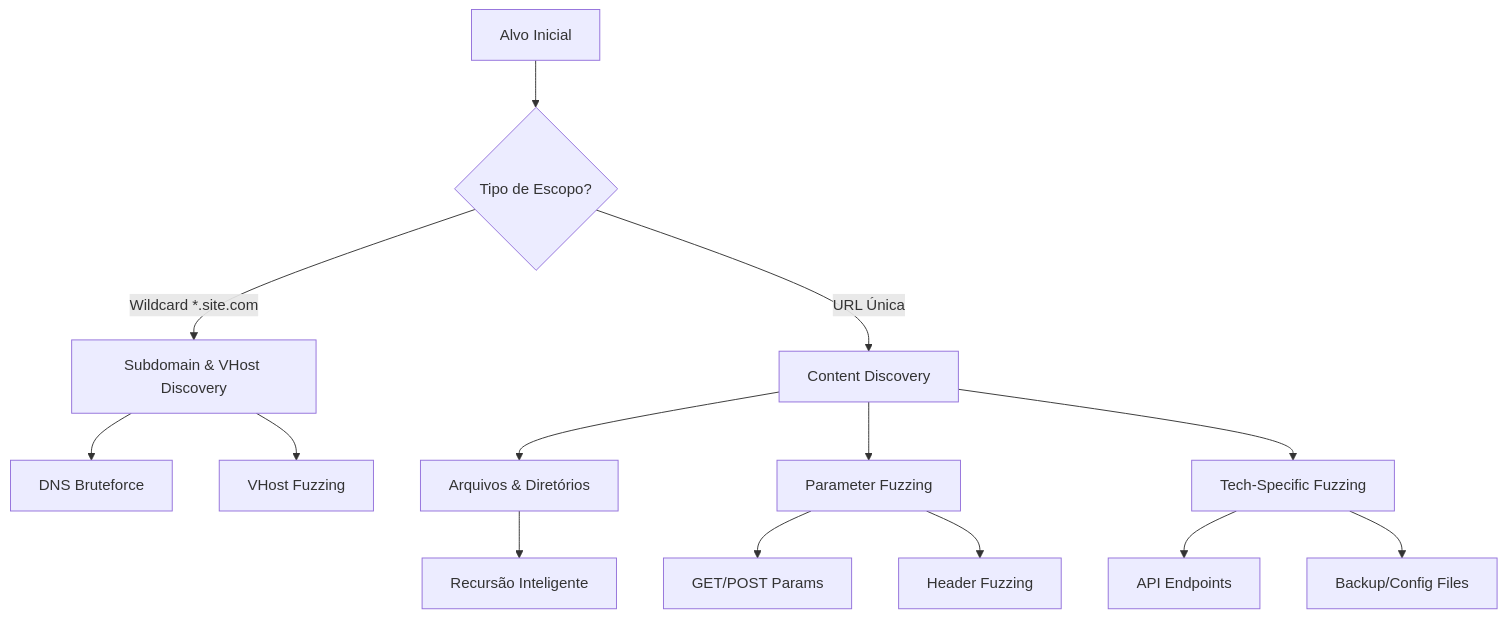
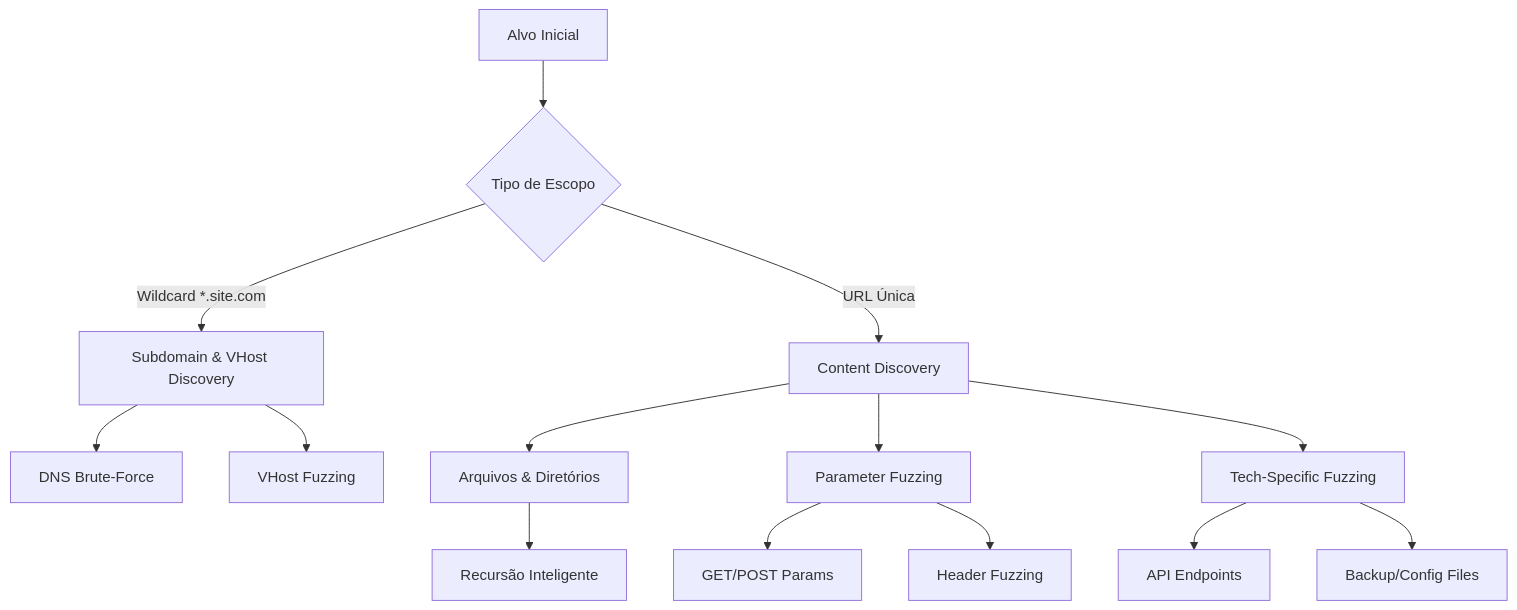
The diagram in web-fuzzing.md (marcostolosa/mindsec.gitbook.io), drawn with Mermaid before and after one commit.

Commit message:
GITBOOK-79: No subject

````diff
--- a/web-fuzzing.md
+++ b/web-fuzzing.md
@@ -155,20 +155,20 @@
 ```mermaid
 graph TD
-    A[Alvo Inicial] --> B{Tipo de Escopo?}
-    B -->|Wildcard *.site.com| C[Subdomain & VHost Discovery]
-    B -->|URL Única| D[Content Discovery]
+  A[Alvo Inicial] --> B{Tipo de Escopo}
+  B -->|Wildcard *.site.com| C[Subdomain & VHost Discovery]
+  B -->|URL Única| D[Content Discovery]
+
+  C --> C1[DNS Brute-Force]
+  C --> C2[VHost Fuzzing]
+
+  D --> D1[Arquivos & Diretórios]
+  D1 --> D2[Recursão Inteligente]
+
+  D --> E[Parameter Fuzzing]
+  E --> E1[GET/POST Params]
+  E --> E2[Header Fuzzing]
     
-    C --> C1[DNS Bruteforce]
-    C --> C2[VHost Fuzzing]
-    
-    D --> D1[Arquivos & Diretórios]
-    D1 --> D2[Recursão Inteligente]
-    
-    D --> E[Parameter Fuzzing]
-    E --> E1[GET/POST Params]
-    E --> E2[Header Fuzzing]
-    
-    D --> F[Tech-Specific Fuzzing]
-    F --> F1[API Endpoints]
-    F --> F2[Backup/Config Files]
+  D --> F[Tech-Specific Fuzzing]
+  F --> F1[API Endpoints]
+  F --> F2[Backup/Config Files]
 ```
````
